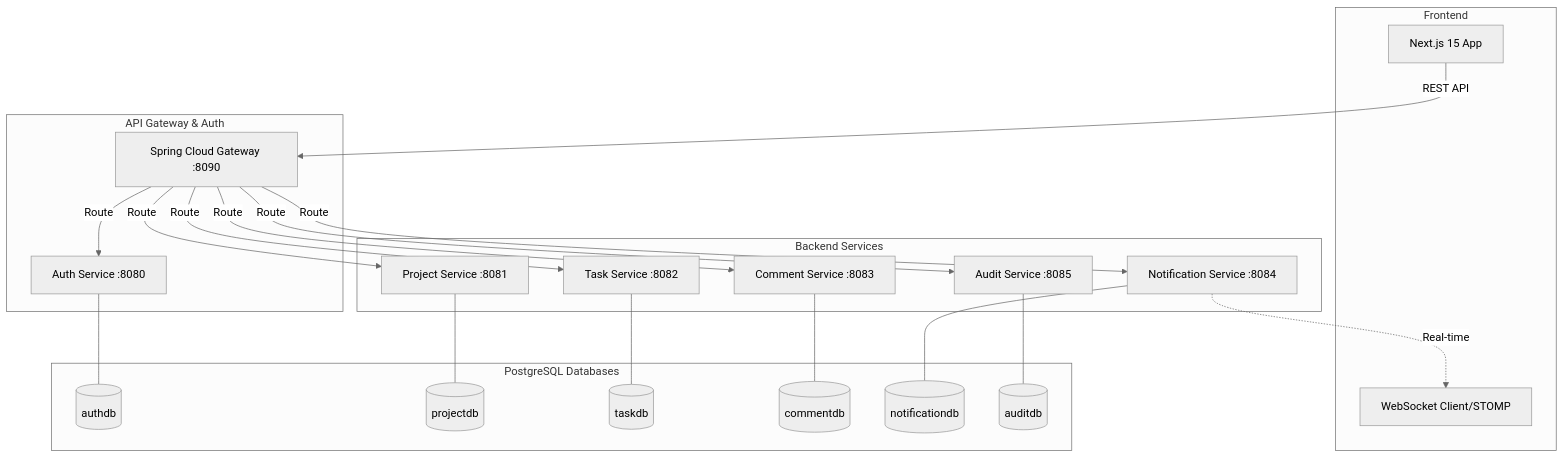
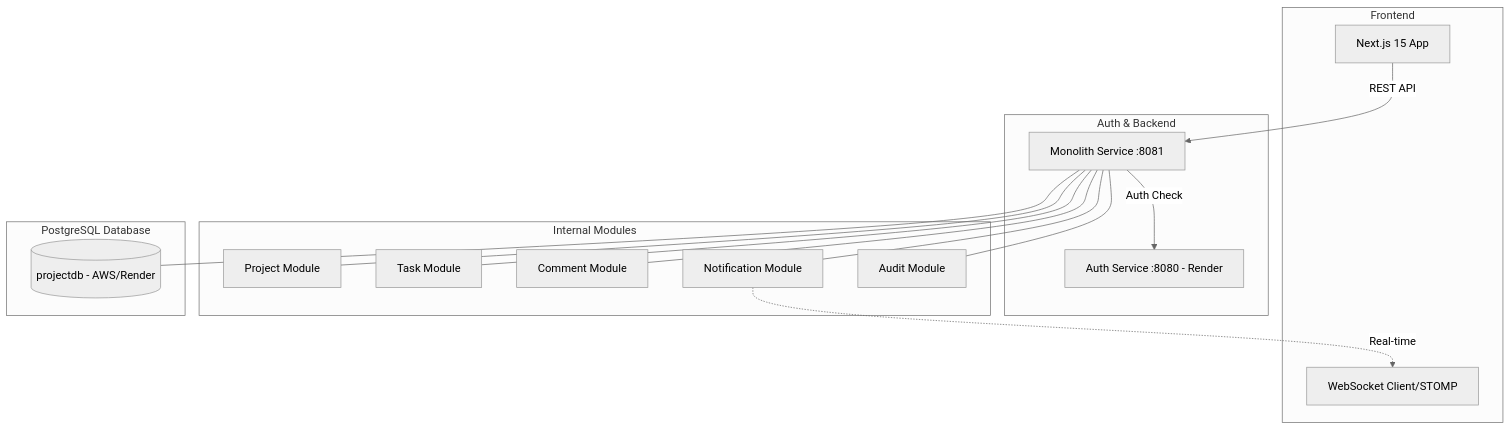
The diagram in README.md (Hikaru203/project-manager), drawn with Mermaid (neutral theme) before and after one commit. The commit also changed other lines of this file and 12 other files, not shown here.

````diff
--- a/README.md
+++ b/README.md
@@ -11,46 +11,37 @@
 ```mermaid
 graph TD
     subgraph Client_Side [Frontend]
         FE[Next.js 15 App]
         WS_Client[WebSocket Client/STOMP]
     end
 
-    subgraph Infrastructure [API Gateway & Auth]
-        GW[Spring Cloud Gateway :8090]
-        AUTH[Auth Service :8080]
+    subgraph Infrastructure [Auth & Backend]
+        AUTH[Auth Service :8080 - Render]
+        MONO[Monolith Service :8081]
     end
 
-    subgraph Microservices [Backend Services]
-        PS[Project Service :8081]
-        TS[Task Service :8082]
-        CS[Comment Service :8083]
-        NS[Notification Service :8084]
-        AS[Audit Service :8085]
+    subgraph Monolith_Components [Internal Modules]
+        PS[Project Module]
+        TS[Task Module]
+        CS[Comment Module]
+        NS[Notification Module]
+        AS[Audit Module]
     end
 
-    subgraph Storage [PostgreSQL Databases]
-        DB_A[(authdb)]
-        DB_P[(projectdb)]
-        DB_T[(taskdb)]
-        DB_C[(commentdb)]
-        DB_N[(notificationdb)]
-        DB_AD[(auditdb)]
+    subgraph Storage [PostgreSQL Database]
+        DB_P[(projectdb - AWS/Render)]
     end
 
-    FE -->|REST API| GW
-    GW -->|Route| AUTH
-    GW -->|Route| PS
-    GW -->|Route| TS
-    GW -->|Route| CS
-    GW -->|Route| NS
-    GW -->|Route| AS
+    FE -->|REST API| MONO
+    MONO -->|Auth Check| AUTH
+    
+    MONO --- PS
+    MONO --- TS
+    MONO --- CS
+    MONO --- NS
+    MONO --- AS
 
     NS -.->|Real-time| WS_Client
     
-    AUTH --- DB_A
-    PS --- DB_P
-    TS --- DB_T
-    CS --- DB_C
-    NS --- DB_N
-    AS --- DB_AD
+    MONO --- DB_P
 ```
````
